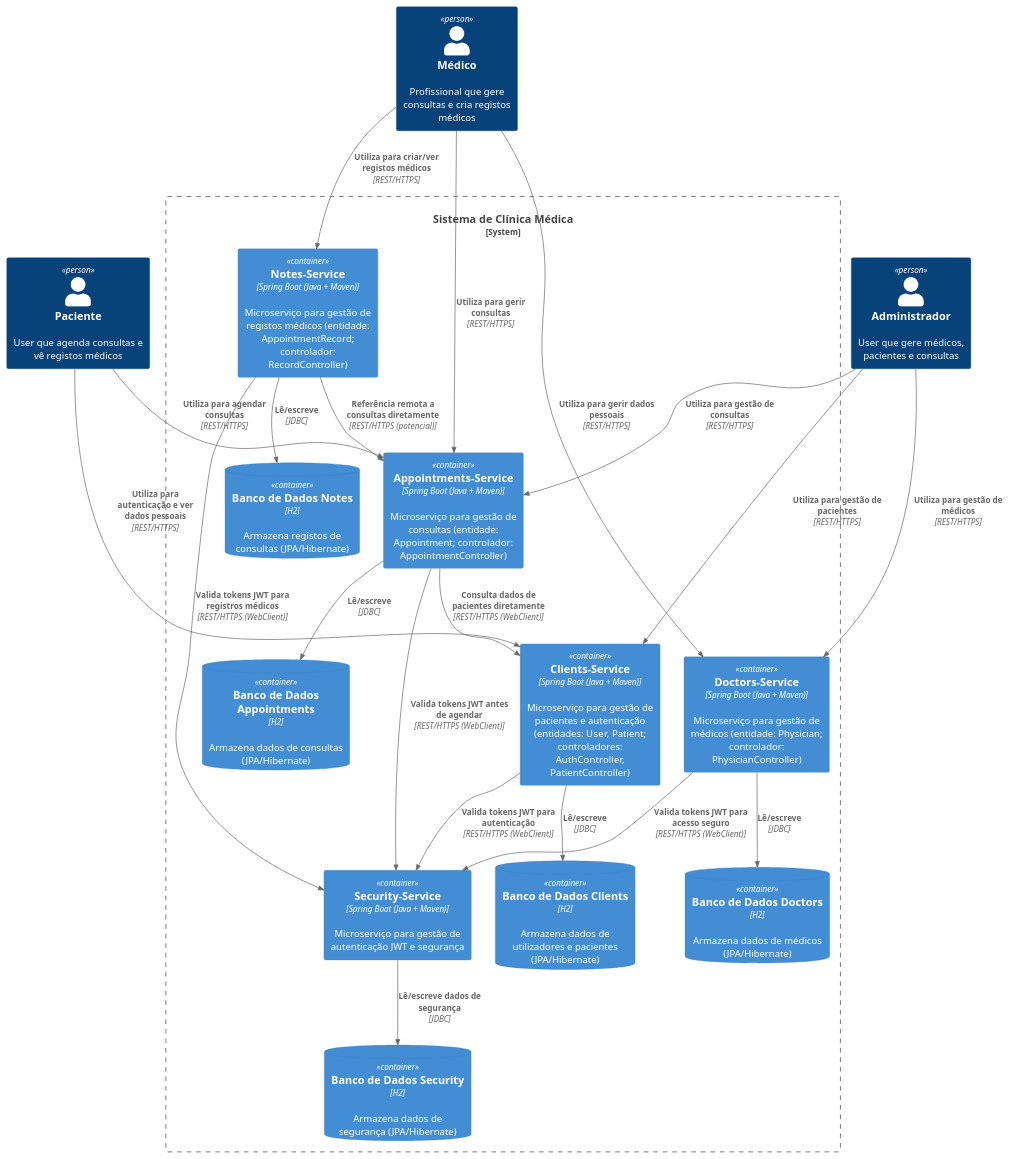
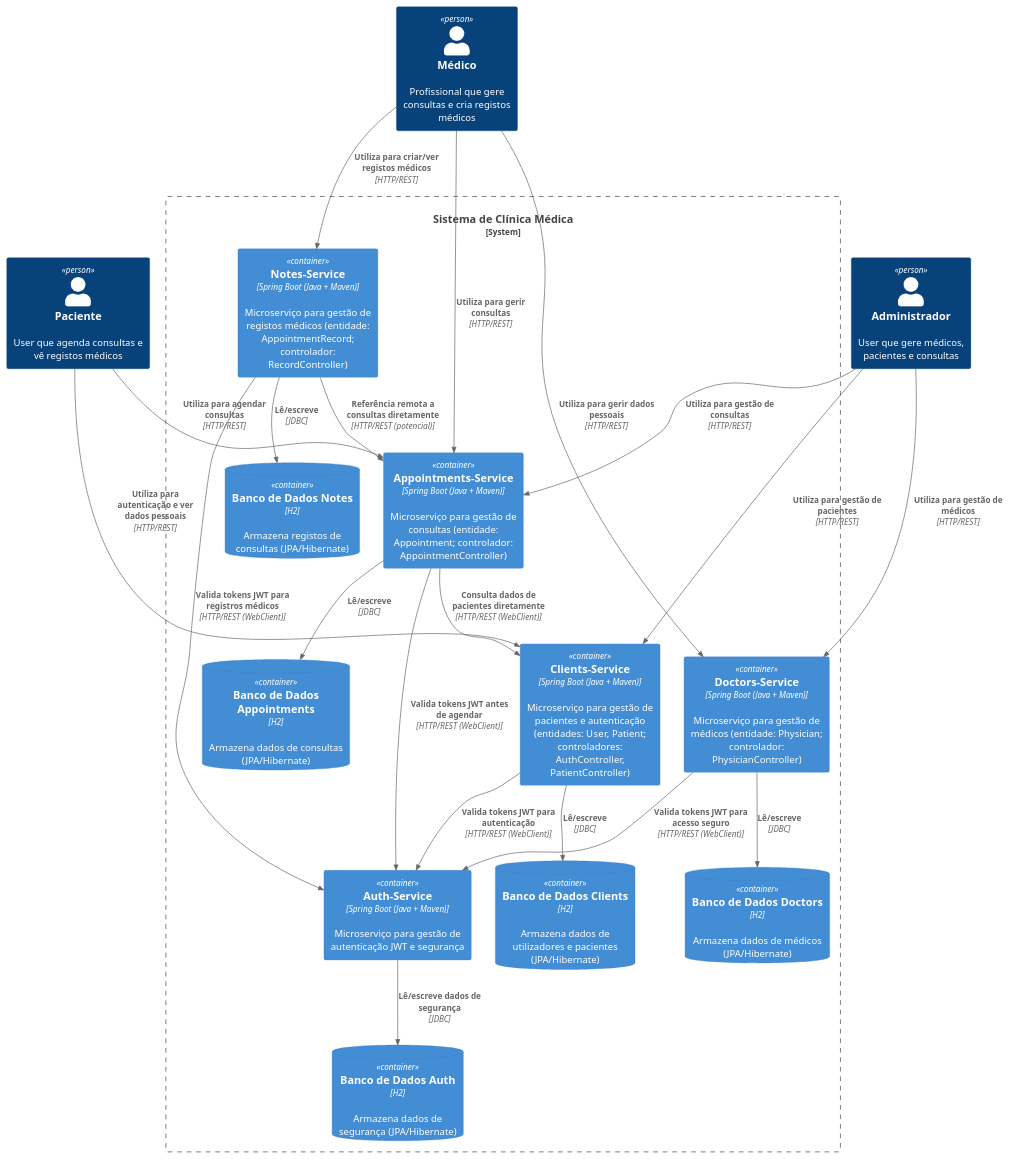
Before and after one commit to LucasSantanaAraujo/Distributed-System-Healthcare-Administration-Platform: the diagram in architecture/ContainerDiagram.puml, drawn with PlantUML. The commit also changed 8 other files, not shown here.

Commit message:
Diagrama de classes, sequencia, container e system context

```diff
--- a/architecture/ContainerDiagram.puml
+++ b/architecture/ContainerDiagram.puml
@@ -1,47 +1,47 @@
 @startuml C4 Container Diagram - Big Picture (Clinica Medica Microservices)
 !include https://raw.githubusercontent.com/plantuml-stdlib/C4-PlantUML/master/C4_Container.puml
 
 Person(patient, "Paciente", "User que agenda consultas e vê registos médicos")
 Person(physician, "Médico", "Profissional que gere consultas e cria registos médicos")
 Person(admin, "Administrador", "User que gere médicos, pacientes e consultas")
 
 System_Boundary(clinic_system, "Sistema de Clínica Médica") {
     Container(clients_service, "Clients-Service", "Spring Boot (Java + Maven)", "Microserviço para gestão de pacientes e autenticação (entidades: User, Patient; controladores: AuthController, PatientController)")
     ContainerDb(clients_db, "Banco de Dados Clients", "H2", "Armazena dados de utilizadores e pacientes (JPA/Hibernate)")
 
     Container(doctors_service, "Doctors-Service", "Spring Boot (Java + Maven)", "Microserviço para gestão de médicos (entidade: Physician; controlador: PhysicianController)")
     ContainerDb(doctors_db, "Banco de Dados Doctors", "H2", "Armazena dados de médicos (JPA/Hibernate)")
 
     Container(appointments_service, "Appointments-Service", "Spring Boot (Java + Maven)", "Microserviço para gestão de consultas (entidade: Appointment; controlador: AppointmentController)")
     ContainerDb(appointments_db, "Banco de Dados Appointments", "H2", "Armazena dados de consultas (JPA/Hibernate)")
 
     Container(notes_service, "Notes-Service", "Spring Boot (Java + Maven)", "Microserviço para gestão de registos médicos (entidade: AppointmentRecord; controlador: RecordController)")
     ContainerDb(notes_db, "Banco de Dados Notes", "H2", "Armazena registos de consultas (JPA/Hibernate)")
 
-    Container(security_service, "Security-Service", "Spring Boot (Java + Maven)", "Microserviço para gestão de autenticação JWT e segurança")
-    ContainerDb(security_db, "Banco de Dados Security", "H2", "Armazena dados de segurança (JPA/Hibernate)")
+    Container(auth_service, "Auth-Service", "Spring Boot (Java + Maven)", "Microserviço para gestão de autenticação JWT e segurança")
+    ContainerDb(auth_db, "Banco de Dados Auth", "H2", "Armazena dados de segurança (JPA/Hibernate)")
 }
 
-Rel(patient, clients_service, "Utiliza para autenticação e ver dados pessoais", "REST/HTTPS")
-Rel(patient, appointments_service, "Utiliza para agendar consultas", "REST/HTTPS")
-Rel(physician, doctors_service, "Utiliza para gerir dados pessoais", "REST/HTTPS")
-Rel(physician, appointments_service, "Utiliza para gerir consultas", "REST/HTTPS")
-Rel(physician, notes_service, "Utiliza para criar/ver registos médicos", "REST/HTTPS")
-Rel(admin, clients_service, "Utiliza para gestão de pacientes", "REST/HTTPS")
-Rel(admin, doctors_service, "Utiliza para gestão de médicos", "REST/HTTPS")
-Rel(admin, appointments_service, "Utiliza para gestão de consultas", "REST/HTTPS")
+Rel(patient, clients_service, "Utiliza para autenticação e ver dados pessoais", "HTTP/REST")
+Rel(patient, appointments_service, "Utiliza para agendar consultas", "HTTP/REST")
+Rel(physician, doctors_service, "Utiliza para gerir dados pessoais", "HTTP/REST")
+Rel(physician, appointments_service, "Utiliza para gerir consultas", "HTTP/REST")
+Rel(physician, notes_service, "Utiliza para criar/ver registos médicos", "HTTP/REST")
+Rel(admin, clients_service, "Utiliza para gestão de pacientes", "HTTP/REST")
+Rel(admin, doctors_service, "Utiliza para gestão de médicos", "HTTP/REST")
+Rel(admin, appointments_service, "Utiliza para gestão de consultas", "HTTP/REST")
 
-Rel(appointments_service, clients_service, "Consulta dados de pacientes diretamente", "REST/HTTPS (WebClient)")
-Rel(notes_service, appointments_service, "Referência remota a consultas diretamente", "REST/HTTPS (potencial)")
+Rel(appointments_service, clients_service, "Consulta dados de pacientes diretamente", "HTTP/REST (WebClient)")
+Rel(notes_service, appointments_service, "Referência remota a consultas diretamente", "HTTP/REST (potencial)")
 
 Rel(clients_service, clients_db, "Lê/escreve", "JDBC")
 Rel(doctors_service, doctors_db, "Lê/escreve", "JDBC")
 Rel(appointments_service, appointments_db, "Lê/escreve", "JDBC")
 Rel(notes_service, notes_db, "Lê/escreve", "JDBC")
 
-Rel(clients_service, security_service, "Valida tokens JWT para autenticação", "REST/HTTPS (WebClient)")
-Rel(doctors_service, security_service, "Valida tokens JWT para acesso seguro", "REST/HTTPS (WebClient)")
-Rel(appointments_service, security_service, "Valida tokens JWT antes de agendar", "REST/HTTPS (WebClient)")
-Rel(notes_service, security_service, "Valida tokens JWT para registros médicos", "REST/HTTPS (WebClient)")
-Rel(security_service, security_db, "Lê/escreve dados de segurança", "JDBC")
+Rel(clients_service, auth_service, "Valida tokens JWT para autenticação", "HTTP/REST (WebClient)")
+Rel(doctors_service, auth_service, "Valida tokens JWT para acesso seguro", "HTTP/REST (WebClient)")
+Rel(appointments_service, auth_service, "Valida tokens JWT antes de agendar", "HTTP/REST (WebClient)")
+Rel(notes_service, auth_service, "Valida tokens JWT para registros médicos", "HTTP/REST (WebClient)")
+Rel(auth_service, auth_db, "Lê/escreve dados de segurança", "JDBC")
 @enduml
```
